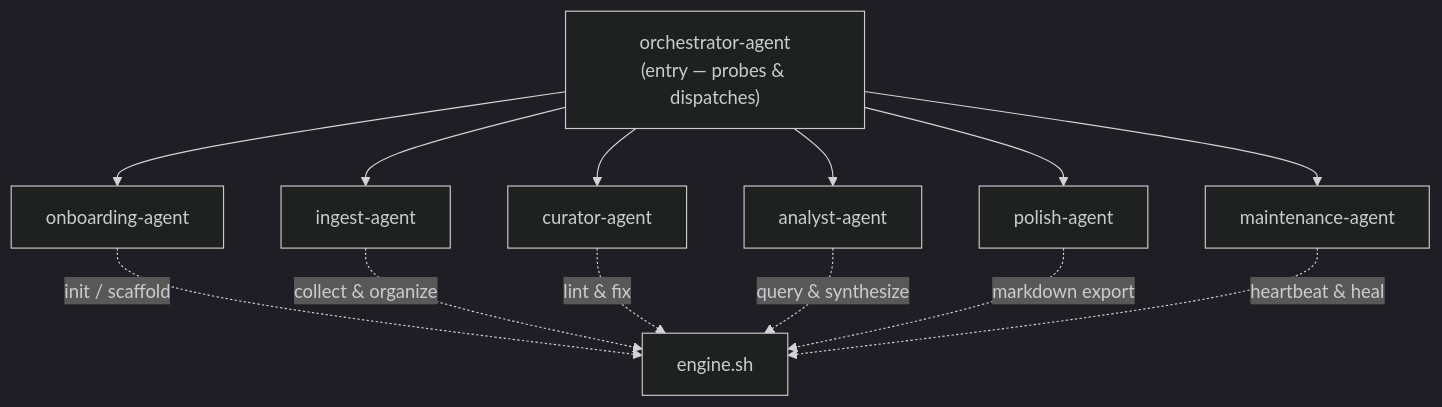
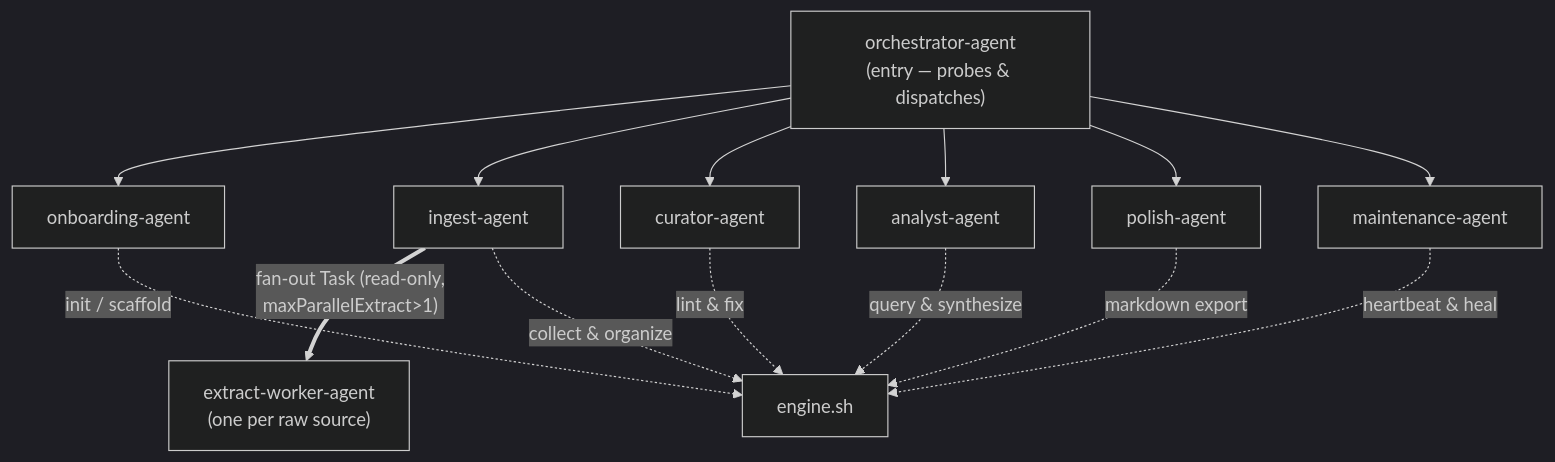
Before and after one commit to odere-pro/claude-wiki-pages-plugin: the fourth of 4 diagrams in docs/design/04-teams-and-agents.md, drawn with Mermaid (dark theme). The commit also changed other lines of this file and 47 other files, not shown here.

First line of the commit message:
docs: apply voice pass, sync counts/diagrams, repoint stale vault-example paths

````diff
--- a/docs/design/04-teams-and-agents.md
+++ b/docs/design/04-teams-and-agents.md
@@ -63,17 +65,19 @@
 ```mermaid
 graph TB
     orch["orchestrator-agent<br/>(entry — probes & dispatches)"]
     orch --> onb["onboarding-agent"]
     orch --> ing["ingest-agent"]
     orch --> cur["curator-agent"]
     orch --> ana["analyst-agent"]
     orch --> pol["polish-agent"]
     orch --> mnt["maintenance-agent"]
 
+    ing ==>|"fan-out Task (read-only,<br/>maxParallelExtract>1)"| ext["extract-worker-agent<br/>(one per raw source)"]
+
     onb -.->|init / scaffold| eng["engine.sh"]
     ing -.->|collect & organize| eng
     cur -.->|lint & fix| eng
     ana -.->|query & synthesize| eng
     pol -.->|markdown export| eng
     mnt -.->|heartbeat & heal| eng
 ```
````
